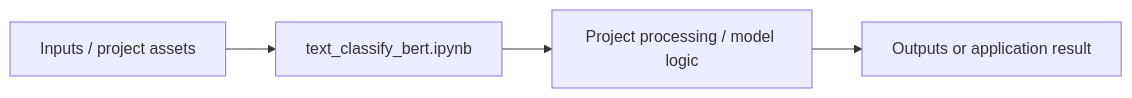
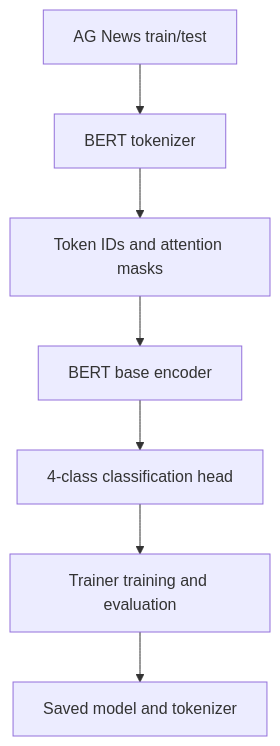
The diagram in Machine_Learning/bert_text/README.md (Rajkumar-Ai-Engineer/120_ProjectStreak), drawn with Mermaid before and after one commit. The commit also changed other lines of this file, not shown here.

Commit message:
docs(ml): improve bert_text project documentation

````diff
--- a/Machine_Learning/bert_text/README.md
+++ b/Machine_Learning/bert_text/README.md
@@ -21,6 +16,9 @@
 ```mermaid
-flowchart LR
-    I[Inputs / project assets] --> E[text_classify_bert.ipynb]
-    E --> P[Project processing / model logic]
-    P --> O[Outputs or application result]
+flowchart TD
+ A[AG News train/test] --> B[BERT tokenizer]
+ B --> C[Token IDs and attention masks]
+ C --> D[BERT base encoder]
+ D --> E[4-class classification head]
+ E --> F[Trainer training and evaluation]
+ F --> G[Saved model and tokenizer]
 ```
````
